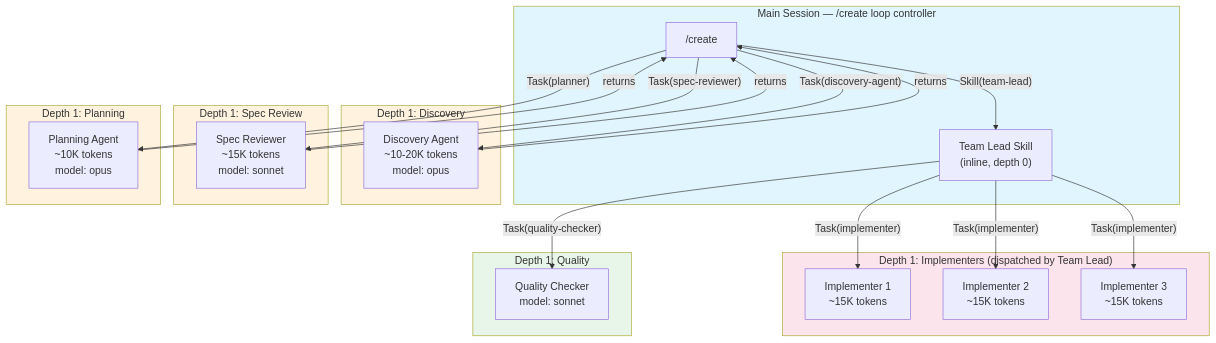
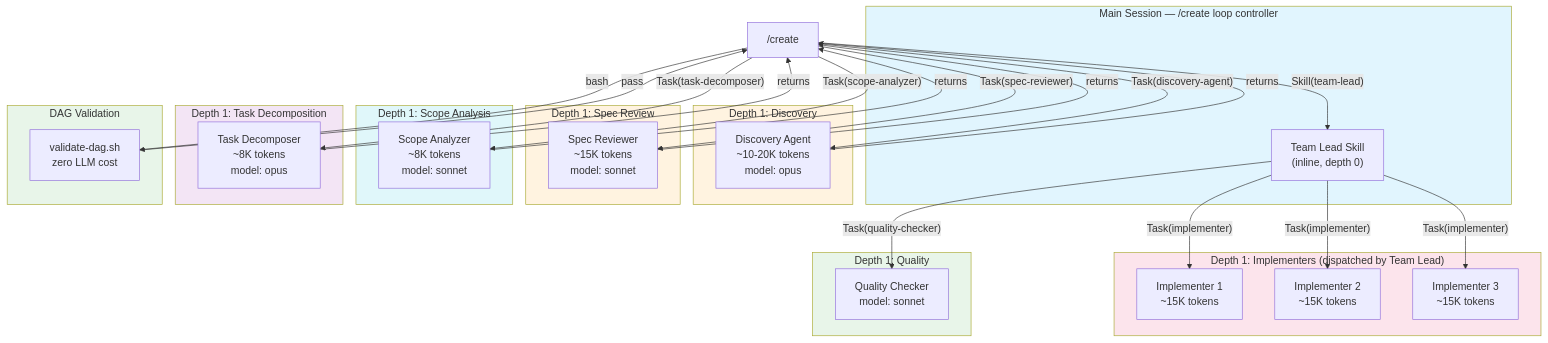
One commit to Zxela/claude-create changed the third of 5 diagrams in diagrams/architecture.md. Above: the diagram before and after it, drawn with Mermaid. The commit also changed 19 other files, not shown here.

First line of the commit message:
feat: split planner into 3-layer pipeline (scope-analyzer + task-decomposer + validate-dag)

````diff
--- a/diagrams/architecture.md
+++ b/diagrams/architecture.md
@@ -123,48 +123,62 @@
 ```mermaid
 graph TB
     subgraph Main["Main Session — /create loop controller"]
         Entry["/create"]
         TeamLead["Team Lead Skill<br/>(inline, depth 0)"]
     end
 
     subgraph Depth1_Discovery["Depth 1: Discovery"]
         D[Discovery Agent<br/>~10-20K tokens<br/>model: opus]
     end
 
     subgraph Depth1_SpecReview["Depth 1: Spec Review"]
         SR[Spec Reviewer<br/>~15K tokens<br/>model: sonnet]
     end
 
-    subgraph Depth1_Planning["Depth 1: Planning"]
-        P[Planning Agent<br/>~10K tokens<br/>model: opus]
+    subgraph Depth1_Scope["Depth 1: Scope Analysis"]
+        SA[Scope Analyzer<br/>~8K tokens<br/>model: sonnet]
+    end
+
+    subgraph Depth1_Decomp["Depth 1: Task Decomposition"]
+        TD[Task Decomposer<br/>~8K tokens<br/>model: opus]
+    end
+
+    subgraph Bash_Validate["DAG Validation"]
+        VD[validate-dag.sh<br/>zero LLM cost]
     end
 
     subgraph Depth1_Impl["Depth 1: Implementers (dispatched by Team Lead)"]
         I1[Implementer 1<br/>~15K tokens]
         I2[Implementer 2<br/>~15K tokens]
         I3[Implementer 3<br/>~15K tokens]
     end
 
     subgraph Depth1_QC["Depth 1: Quality"]
         QC[Quality Checker<br/>model: sonnet]
     end
 
     Entry -->|"Task(discovery-agent)"| D
     D -->|"returns"| Entry
     Entry -->|"Task(spec-reviewer)"| SR
     SR -->|"returns"| Entry
-    Entry -->|"Task(planner)"| P
-    P -->|"returns"| Entry
+    Entry -->|"Task(scope-analyzer)"| SA
+    SA -->|"returns"| Entry
+    Entry -->|"Task(task-decomposer)"| TD
+    TD -->|"returns"| Entry
+    Entry -->|"bash"| VD
+    VD -->|"pass"| Entry
     Entry -->|"Skill(team-lead)"| TeamLead
     TeamLead -->|"Task(implementer)"| I1
     TeamLead -->|"Task(implementer)"| I2
     TeamLead -->|"Task(implementer)"| I3
     TeamLead -->|"Task(quality-checker)"| QC
 
     style Main fill:#e1f5fe
     style Depth1_Discovery fill:#fff3e0
     style Depth1_SpecReview fill:#fff3e0
-    style Depth1_Planning fill:#fff3e0
+    style Depth1_Scope fill:#e0f7fa
+    style Depth1_Decomp fill:#f3e5f5
+    style Bash_Validate fill:#e8f5e9
     style Depth1_Impl fill:#fce4ec
     style Depth1_QC fill:#e8f5e9
 ```
````
